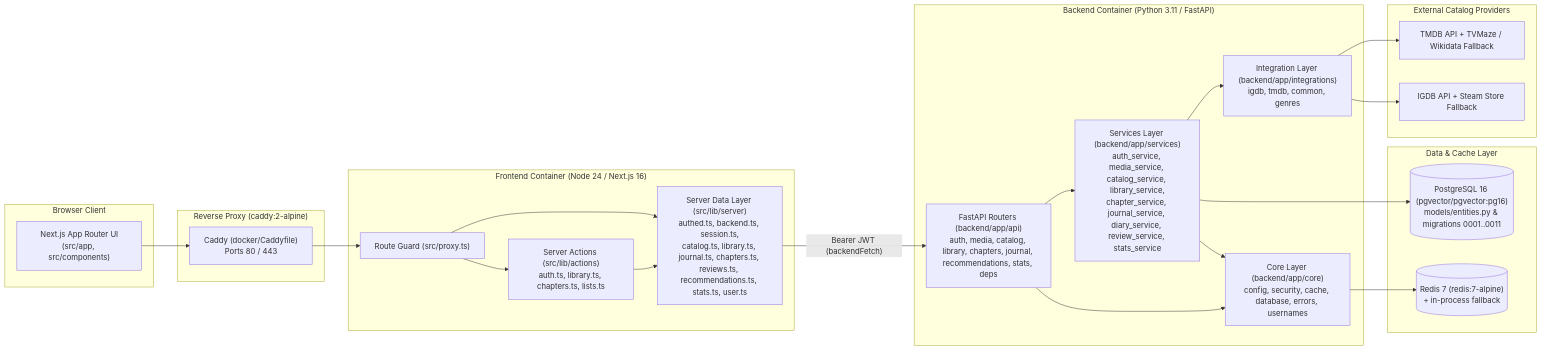
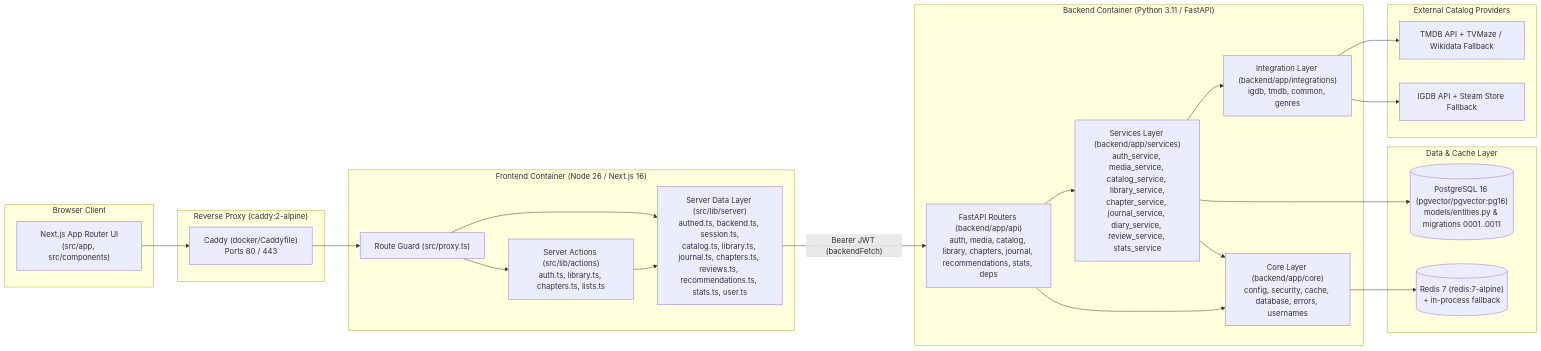
The diagram in docs/design/arch/architecture-diagram.mmd (metezd/OmniLog), drawn with Mermaid before and after one commit. The commit also changed 3 other files, not shown here.

Commit message:
docs: show Node 26 in the diagram and explain where the versions come from

```diff
--- a/docs/design/arch/architecture-diagram.mmd
+++ b/docs/design/arch/architecture-diagram.mmd
@@ -1,44 +1,44 @@
 flowchart LR
   subgraph Client["Browser Client"]
     UI["Next.js App Router UI\n(src/app, src/components)"]
   end
 
   subgraph ProxyContainer["Reverse Proxy (caddy:2-alpine)"]
     CADDY["Caddy (docker/Caddyfile)\nPorts 80 / 443"]
   end
 
-  subgraph FrontendContainer["Frontend Container (Node 24 / Next.js 16)"]
+  subgraph FrontendContainer["Frontend Container (Node 26 / Next.js 16)"]
     MW["Route Guard (src/proxy.ts)"]
     ACT["Server Actions (src/lib/actions)\nauth.ts, library.ts, chapters.ts, lists.ts"]
     SRV["Server Data Layer (src/lib/server)\nauthed.ts, backend.ts, session.ts,\ncatalog.ts, library.ts, journal.ts, chapters.ts, reviews.ts, recommendations.ts, stats.ts, user.ts"]
   end
 
   subgraph BackendContainer["Backend Container (Python 3.11 / FastAPI)"]
     API["FastAPI Routers (backend/app/api)\nauth, media, catalog, library, chapters, journal, recommendations, stats, deps"]
     SVC["Services Layer (backend/app/services)\nauth_service, media_service, catalog_service, library_service,\nchapter_service, journal_service, diary_service, review_service, stats_service"]
     INT["Integration Layer (backend/app/integrations)\nigdb, tmdb, common, genres"]
     CORE["Core Layer (backend/app/core)\nconfig, security, cache, database, errors, usernames"]
   end
 
   subgraph DataLayer["Data & Cache Layer"]
     PG[("PostgreSQL 16 (pgvector/pgvector:pg16)\nmodels/entities.py & migrations 0001..0011")]
     RD[("Redis 7 (redis:7-alpine)\n+ in-process fallback")]
   end
 
   subgraph ExternalAPIs["External Catalog Providers"]
     TMDB["TMDB API + TVMaze / Wikidata Fallback"]
     IGDB["IGDB API + Steam Store Fallback"]
   end
 
   UI --> CADDY --> MW
   MW --> ACT --> SRV
   MW --> SRV
   SRV -->|"Bearer JWT (backendFetch)"| API
   API --> SVC
   API --> CORE
   SVC --> INT
   SVC --> CORE
   SVC --> PG
   CORE --> RD
   INT --> TMDB
   INT --> IGDB
```
